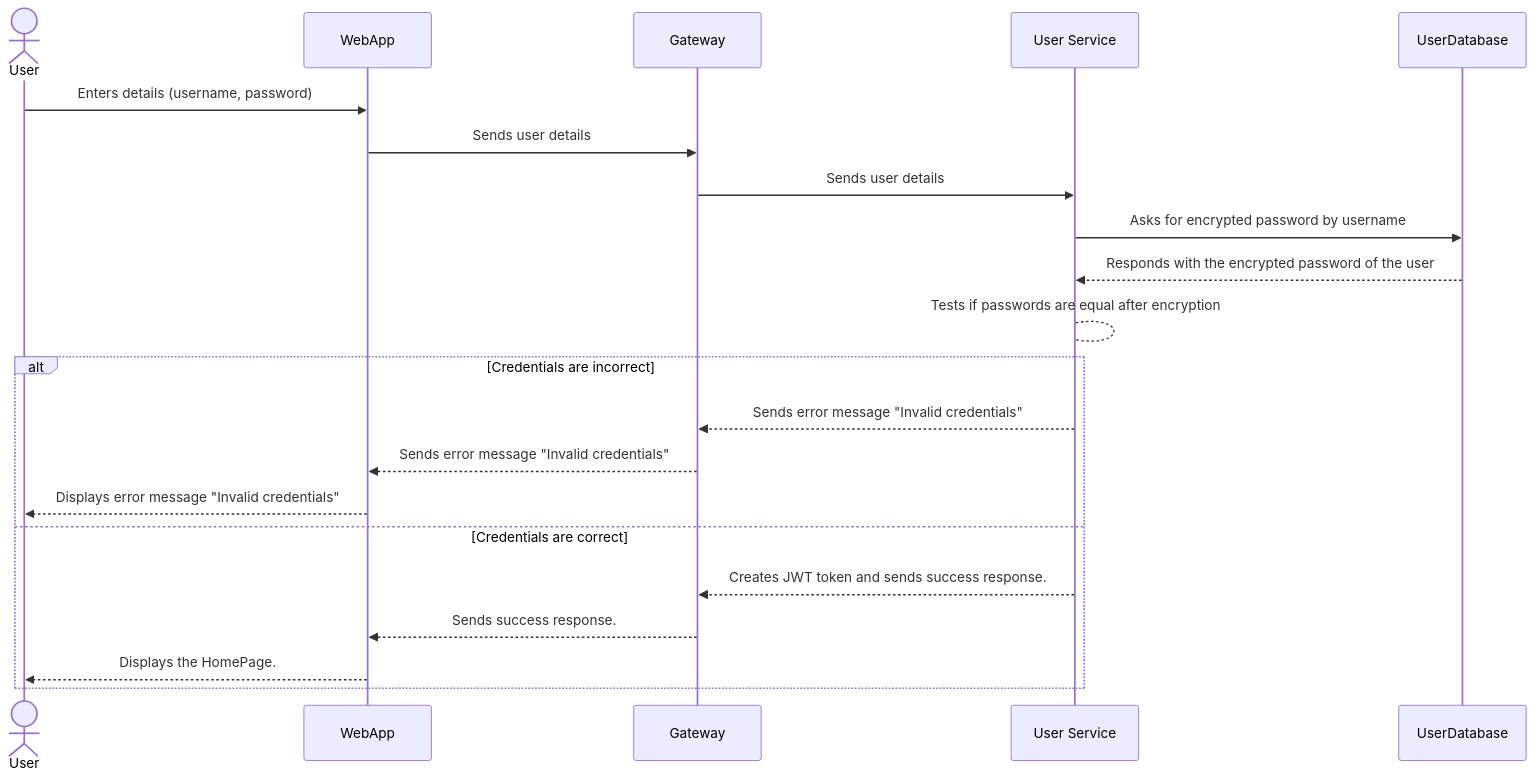
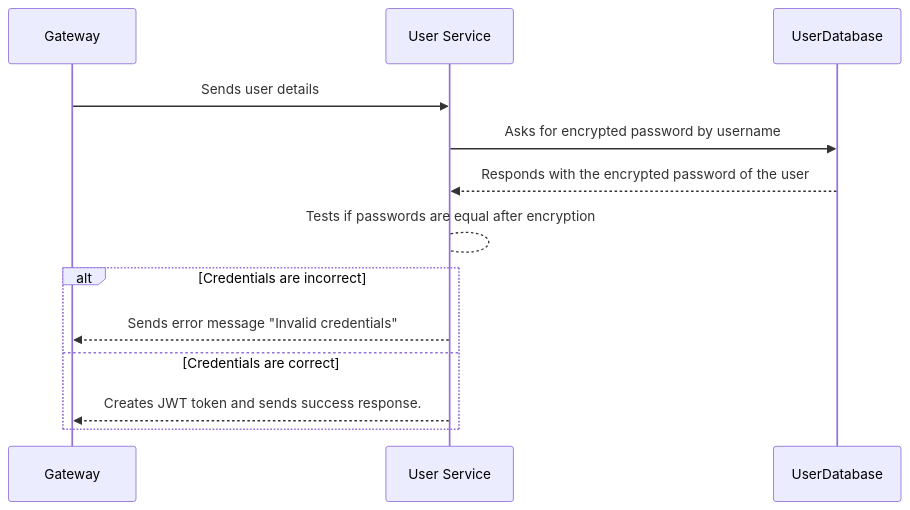
The second of 8 diagrams in docs/src/06_runtime_view.adoc (Arquisoft/wiq_en3b), drawn with Mermaid before and after one commit. The commit also changed other lines of this file and 3 other files, not shown here.

```diff
--- a/docs/src/06_runtime_view.adoc
+++ b/docs/src/06_runtime_view.adoc
@@ -55,21 +71,14 @@
 [mermaid]
 ....
 sequenceDiagram
-    actor User as User
-    
-    User->>WebApp: Enters details (username, password)
-    WebApp->>Gateway: Sends user details
     Gateway->>User Service: Sends user details
     User Service->>UserDatabase: Asks for encrypted password by username
     UserDatabase-->>User Service: Responds with the encrypted password of the user
     User Service-->User Service: Tests if passwords are equal after encryption
+    
     alt Credentials are incorrect
         User Service-->>Gateway: Sends error message "Invalid credentials"
-        Gateway-->>WebApp: Sends error message "Invalid credentials"
-        WebApp-->>User: Displays error message "Invalid  credentials"
     else Credentials are correct
         User Service-->>Gateway: Creates JWT token and sends success response.
-        Gateway-->>WebApp: Sends success response.
-        WebApp-->>User: Displays the HomePage.
     end
 ....
```
